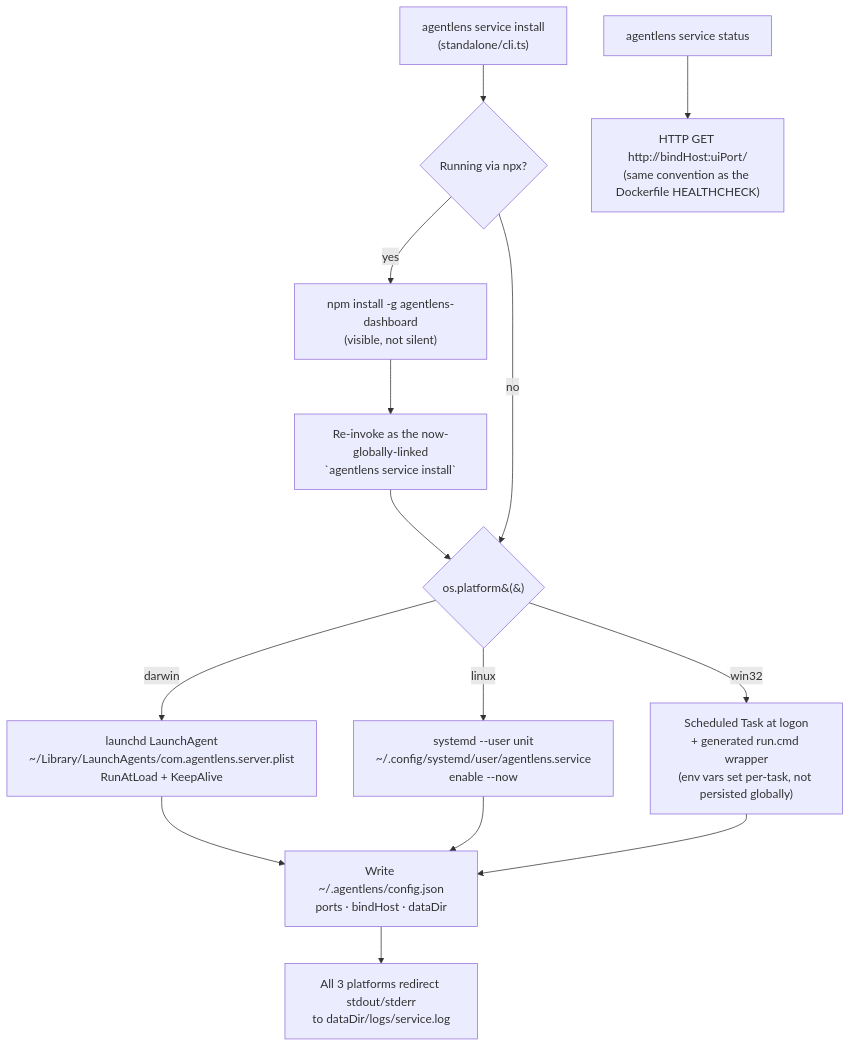
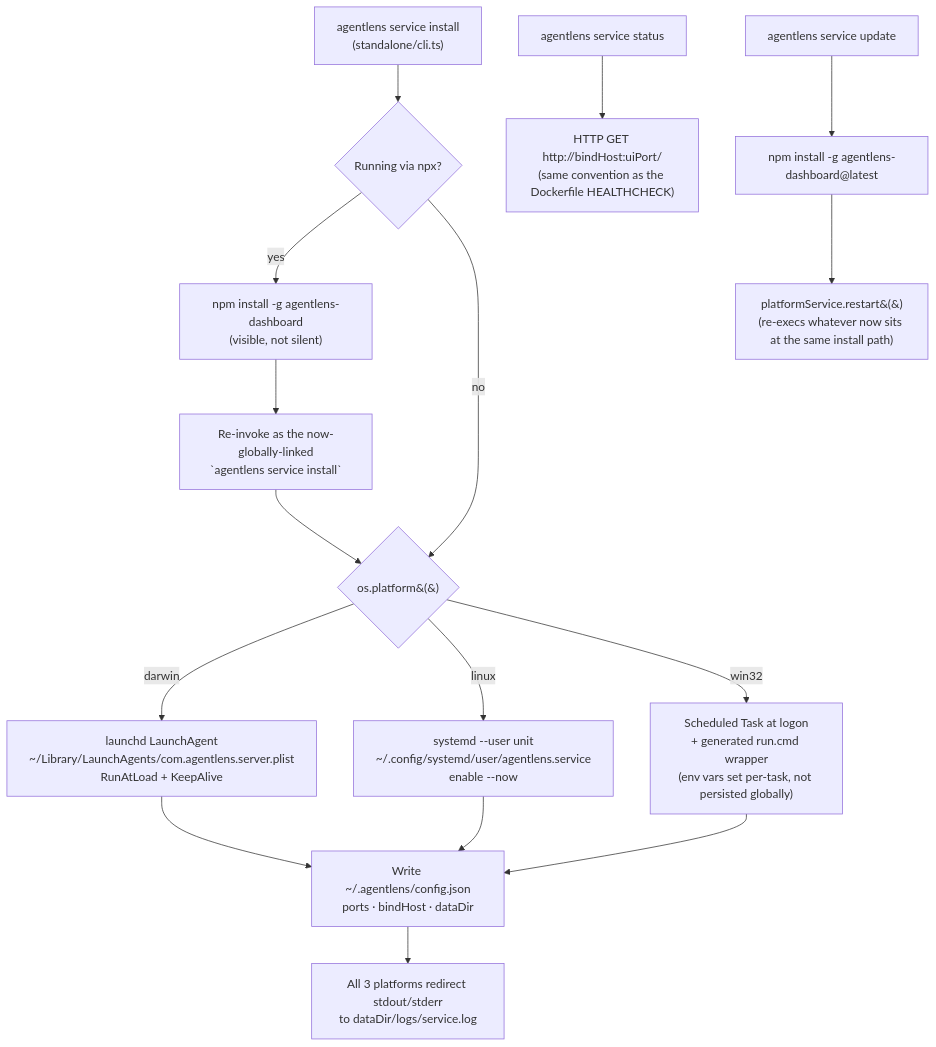
Diagram 18 of 20 in ARCHITECTURE.md (RogerReed/agentlens), drawn with Mermaid before and after one commit. The commit also changed other lines of this file, not shown here.

First line of the commit message:
docs: add the agentlens service update flow to ARCHITECTURE.md (#213)

````diff
--- a/ARCHITECTURE.md
+++ b/ARCHITECTURE.md
@@ -944,19 +944,22 @@
 ```mermaid
 flowchart TD
     CLI["agentlens service install<br/>(standalone/cli.ts)"] --> NPX{Running via npx?}
 
     NPX -- yes --> BOOT["npm install -g agentlens-dashboard<br/>(visible, not silent)"]
     BOOT --> REEXEC[Re-invoke as the now-globally-linked<br/>`agentlens service install`]
     REEXEC --> DISPATCH
 
     NPX -- no --> DISPATCH{os.platform&#40;&#41;}
 
     DISPATCH -- darwin --> MAC["launchd LaunchAgent<br/>~/Library/LaunchAgents/com.agentlens.server.plist<br/>RunAtLoad + KeepAlive"]
     DISPATCH -- linux --> LIN["systemd --user unit<br/>~/.config/systemd/user/agentlens.service<br/>enable --now"]
     DISPATCH -- win32 --> WIN["Scheduled Task at logon<br/>+ generated run.cmd wrapper<br/>(env vars set per-task, not persisted globally)"]
 
     MAC & LIN & WIN --> CFG[Write ~/.agentlens/config.json<br/>ports · bindHost · dataDir]
     CFG --> LOG[All 3 platforms redirect stdout/stderr<br/>to dataDir/logs/service.log]
 
     STATUS["agentlens service status"] --> PROBE["HTTP GET http://bindHost:uiPort/<br/>(same convention as the Dockerfile HEALTHCHECK)"]
+
+    UPDATE["agentlens service update"] --> NPMLATEST["npm install -g agentlens-dashboard@latest"]
+    NPMLATEST --> RESTART["platformService.restart&#40;&#41;<br/>(re-execs whatever now sits at the same install path)"]
 ```
````
